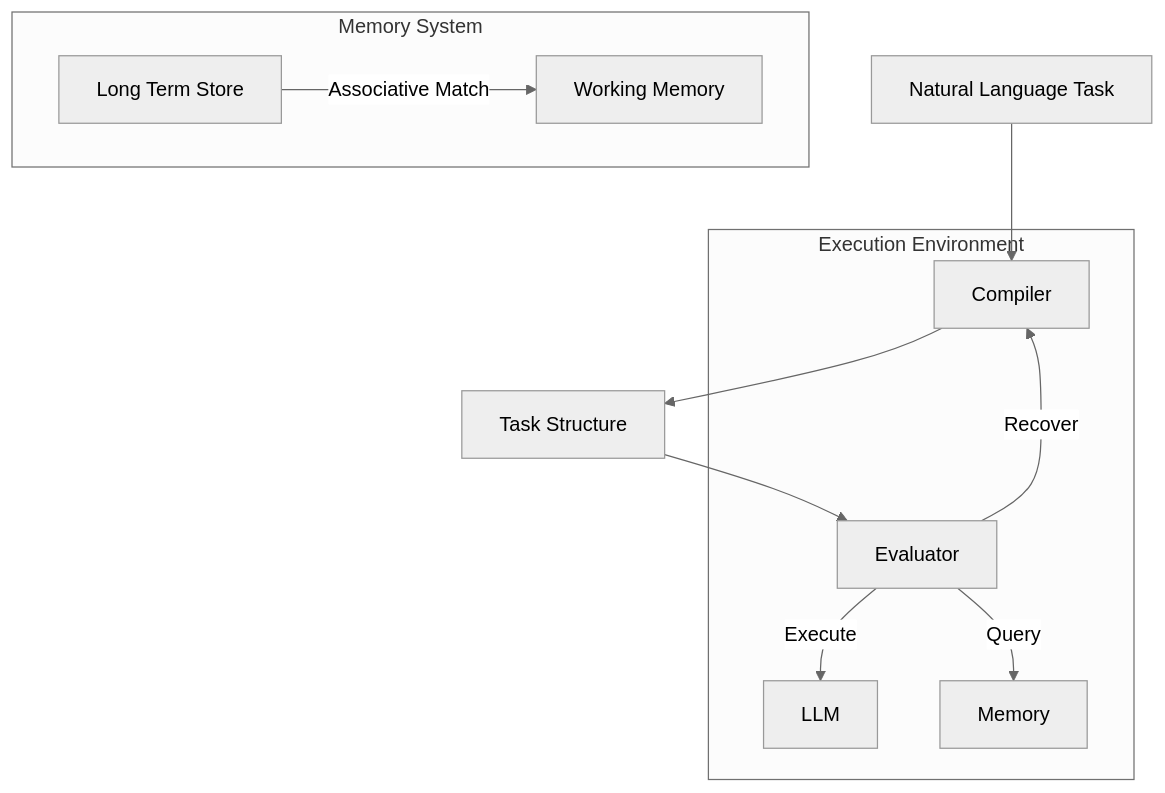
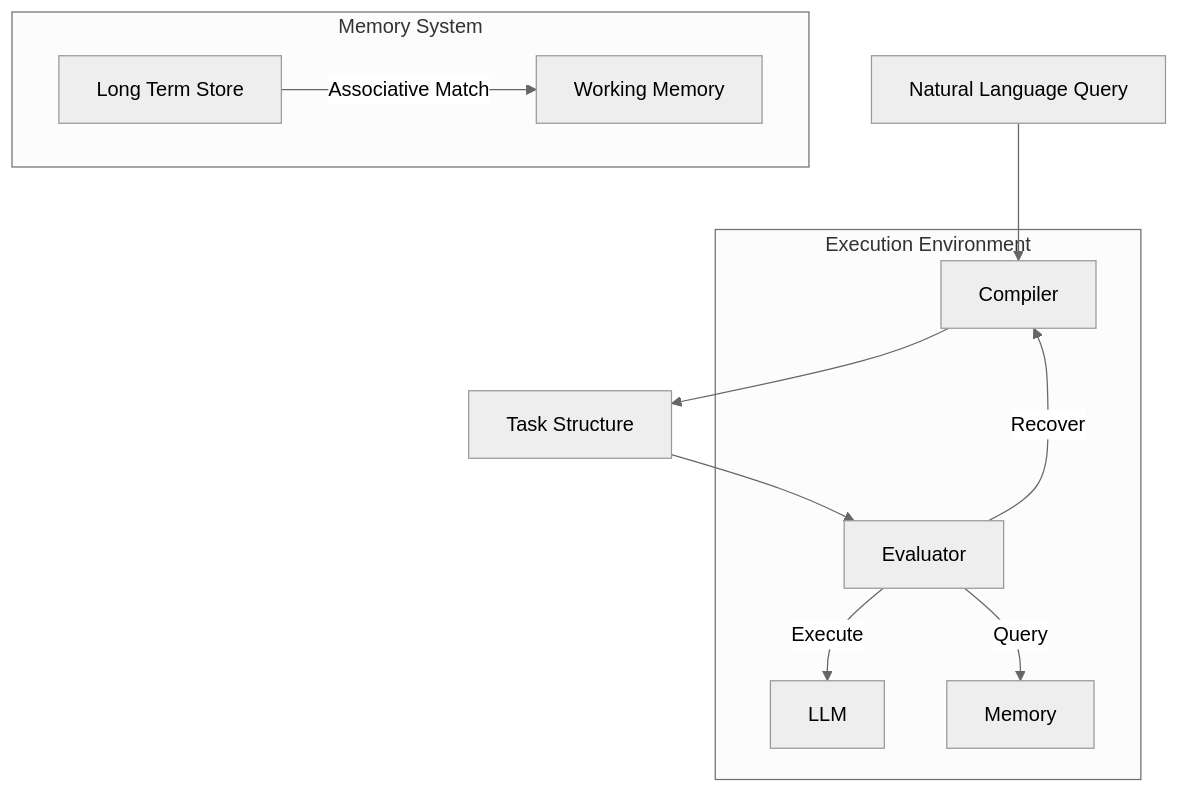
One commit to hoidn/proposals changed the diagram in claude/docs/system/README.md. Above: the diagram before and after it, drawn with Mermaid (neutral theme). The commit also changed other lines of this file and 1 other file, not shown here.

````diff
--- a/claude/docs/system/README.md
+++ b/claude/docs/system/README.md
@@ -8,18 +9,18 @@
 ```mermaid
 graph TD
-    NL[Natural Language Task] --> Compiler
+    NL[Natural Language Query] --> Compiler
     Compiler --> AST[Task Structure]
     AST --> Evaluator
     
     subgraph "Execution Environment"
         Evaluator -->|Execute| LLM
         Evaluator -->|Recover| Compiler
         Evaluator -->|Query| Memory
     end
     
     subgraph "Memory System"
         LongTerm[Long Term Store]
         Working[Working Memory]
         LongTerm -->|Associative Match| Working
     end
 ```
````
